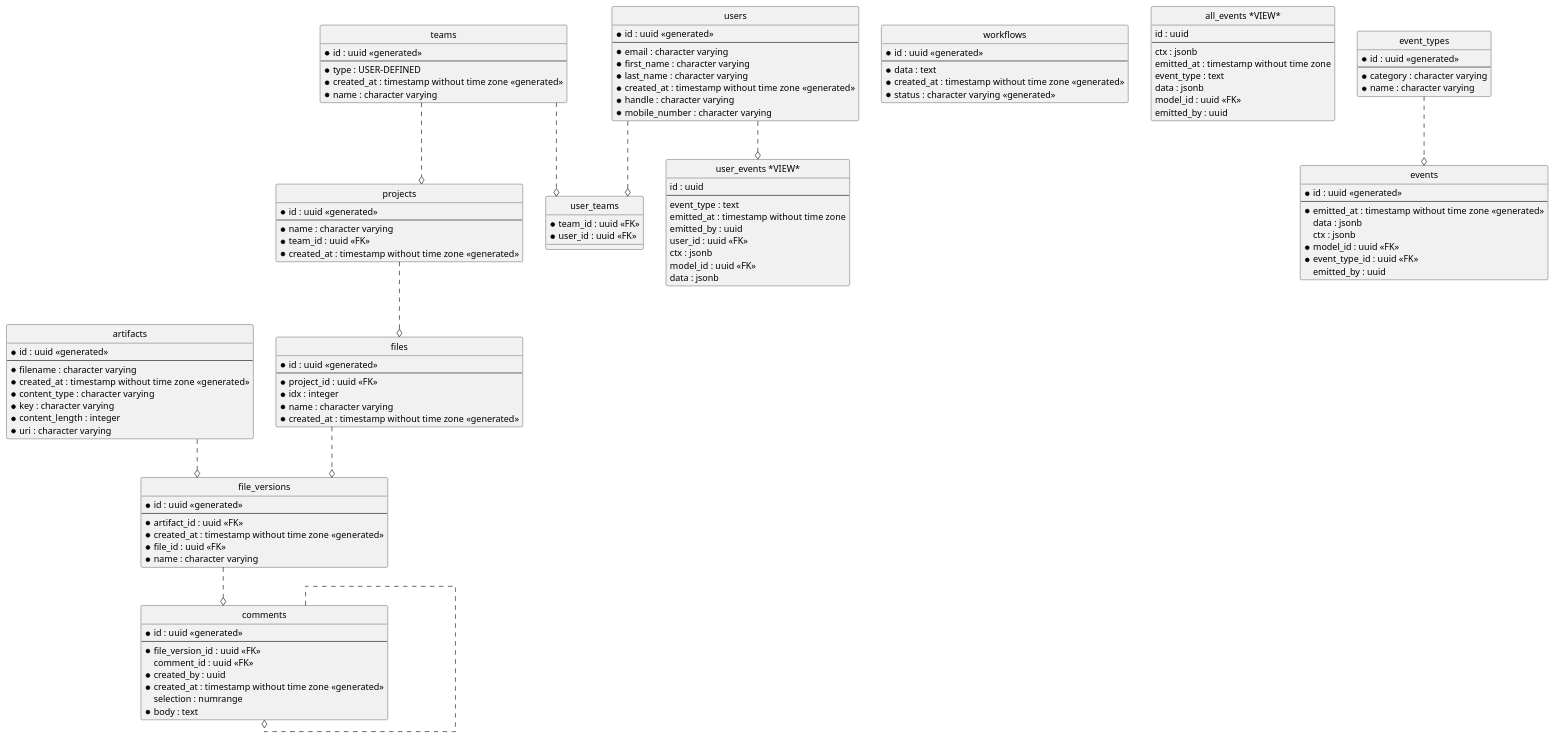
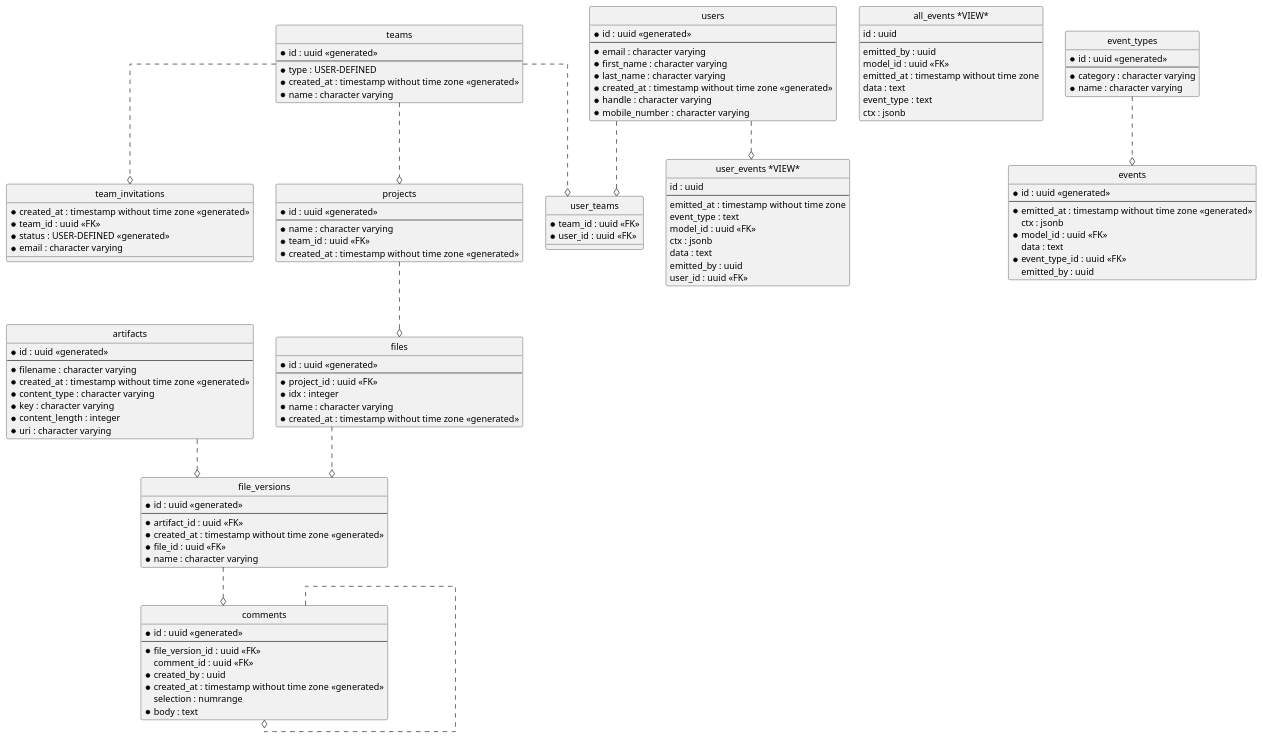
The diagram in docs/diagrams/erd.puml (skuttleman/audiophile), drawn with PlantUML before and after one commit. The commit also changed 2 other files, not shown here.

Commit message:
migration for team-invitations

```diff
--- a/docs/diagrams/erd.puml
+++ b/docs/diagrams/erd.puml
@@ -1,137 +1,137 @@
 @startuml
 hide circle
 skinparam linetype ortho
 
 entity "artifacts" as artifacts {
   * id : uuid <<generated>>
   --
   * filename : character varying
   * created_at : timestamp without time zone <<generated>>
   * content_type : character varying
   * key : character varying
   * content_length : integer
   * uri : character varying
 }
 
 entity "teams" as teams {
   * id : uuid <<generated>>
   --
   * type : USER-DEFINED
   * created_at : timestamp without time zone <<generated>>
   * name : character varying
 }
 
-entity "workflows" as workflows {
-  * id : uuid <<generated>>
-  --
-  * data : text
-  * created_at : timestamp without time zone <<generated>>
-  * status : character varying <<generated>>
-}
-
 entity "files" as files {
   * id : uuid <<generated>>
   --
   * project_id : uuid <<FK>>
   * idx : integer
   * name : character varying
   * created_at : timestamp without time zone <<generated>>
 }
 
 entity "all_events *VIEW*" as all_events {
   id : uuid
   --
+  emitted_by : uuid
+  model_id : uuid <<FK>>
+  emitted_at : timestamp without time zone
+  data : text
+  event_type : text
   ctx : jsonb
-  emitted_at : timestamp without time zone
-  event_type : text
-  data : jsonb
-  model_id : uuid <<FK>>
-  emitted_by : uuid
 }
 
 entity "event_types" as event_types {
   * id : uuid <<generated>>
   --
   * category : character varying
   * name : character varying
 }
 
 entity "users" as users {
   * id : uuid <<generated>>
   --
   * email : character varying
   * first_name : character varying
   * last_name : character varying
   * created_at : timestamp without time zone <<generated>>
   * handle : character varying
   * mobile_number : character varying
 }
 
 entity "file_versions" as file_versions {
   * id : uuid <<generated>>
   --
   * artifact_id : uuid <<FK>>
   * created_at : timestamp without time zone <<generated>>
   * file_id : uuid <<FK>>
   * name : character varying
 }
 
 entity "events" as events {
   * id : uuid <<generated>>
   --
   * emitted_at : timestamp without time zone <<generated>>
-  data : jsonb
   ctx : jsonb
   * model_id : uuid <<FK>>
+  data : text
   * event_type_id : uuid <<FK>>
   emitted_by : uuid
 }
 
 entity "comments" as comments {
   * id : uuid <<generated>>
   --
   * file_version_id : uuid <<FK>>
   comment_id : uuid <<FK>>
   * created_by : uuid
   * created_at : timestamp without time zone <<generated>>
   selection : numrange
   * body : text
+}
+
+entity "team_invitations" as team_invitations {
+  * created_at : timestamp without time zone <<generated>>
+  * team_id : uuid <<FK>>
+  * status : USER-DEFINED <<generated>>
+  * email : character varying
 }
 
 entity "projects" as projects {
   * id : uuid <<generated>>
   --
   * name : character varying
   * team_id : uuid <<FK>>
   * created_at : timestamp without time zone <<generated>>
 }
 
 entity "user_teams" as user_teams {
   * team_id : uuid <<FK>>
   * user_id : uuid <<FK>>
 }
 
 entity "user_events *VIEW*" as user_events {
   id : uuid
   --
+  emitted_at : timestamp without time zone
   event_type : text
-  emitted_at : timestamp without time zone
+  model_id : uuid <<FK>>
+  ctx : jsonb
+  data : text
   emitted_by : uuid
   user_id : uuid <<FK>>
-  ctx : jsonb
-  model_id : uuid <<FK>>
-  data : jsonb
 }
 
 projects ..o files
 artifacts ..o file_versions
 files ..o file_versions
 event_types ..o events
 file_versions ..o comments
 comments ..o comments
+teams ..o team_invitations
 teams ..o projects
 teams ..o user_teams
 users ..o user_teams
 users ..o user_events
 
 @enduml
```
